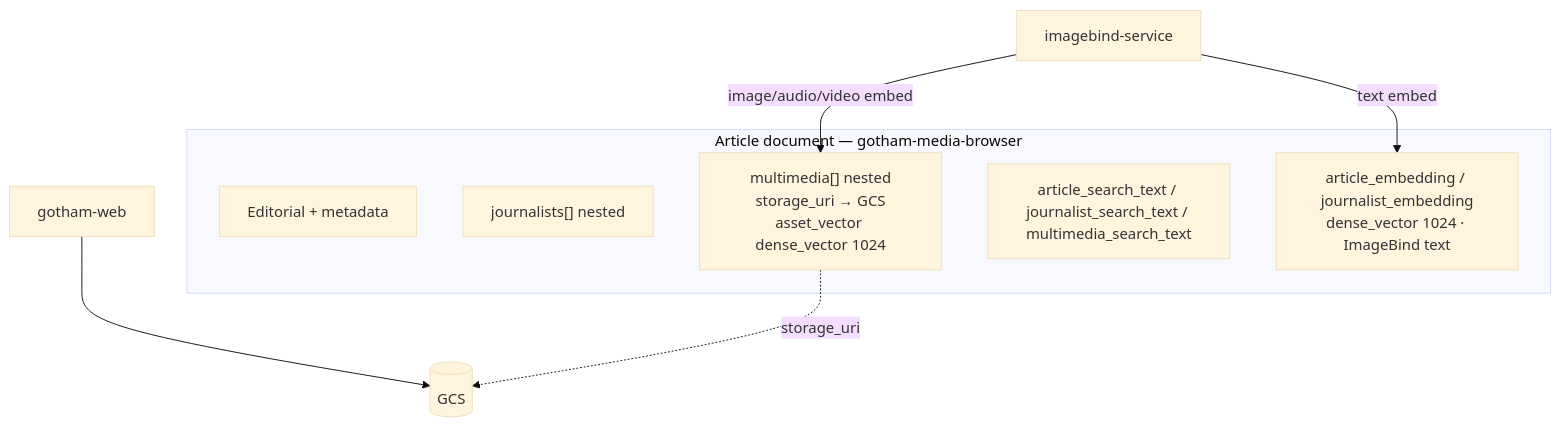
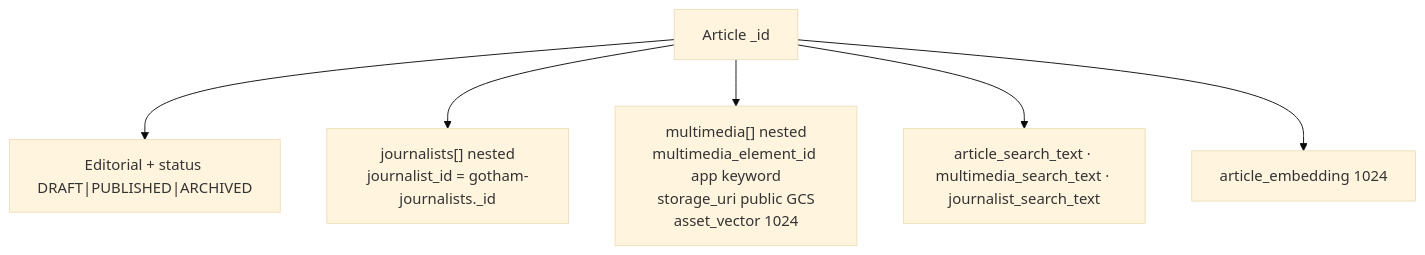
Before and after one commit to bigfito/gotham-media-browser: the third of 3 diagrams in docs/elasticsearch-denormalized-diagram.md, drawn with Mermaid (base theme). The commit also changed other lines of this file and 6 other files, not shown here.

First line of the commit message:
Align design to ES-only dual-index architecture

````diff
--- a/docs/elasticsearch-denormalized-diagram.md
+++ b/docs/elasticsearch-denormalized-diagram.md
@@ -40,15 +41,9 @@
 ```mermaid
 flowchart TB
-  subgraph DOC["Article document — gotham-media-browser"]
-    ED["Editorial + metadata"]
-    JNEST["journalists[] nested"]
-    MNEST["multimedia[] nested<br/>storage_uri → GCS<br/>asset_vector dense_vector 1024"]
-    FTS["article_search_text / journalist_search_text / multimedia_search_text"]
-    EMB["article_embedding / journalist_embedding<br/>dense_vector 1024 · ImageBind text"]
-  end
-
-  IB["imagebind-service"] -->|text embed| EMB
-  IB -->|image/audio/video embed| MNEST
-  APP["gotham-web"] --> GCS[(GCS)]
-  MNEST -.->|storage_uri| GCS
+  DOC["Article _id"]
+  DOC --> ED["Editorial + status DRAFT|PUBLISHED|ARCHIVED"]
+  DOC --> JN["journalists[] nested<br/>journalist_id = gotham-journalists._id"]
+  DOC --> MM["multimedia[] nested<br/>multimedia_element_id app keyword<br/>storage_uri public GCS<br/>asset_vector 1024"]
+  DOC --> FTS["article_search_text · multimedia_search_text · journalist_search_text"]
+  DOC --> EMB["article_embedding 1024"]
 ```
````
